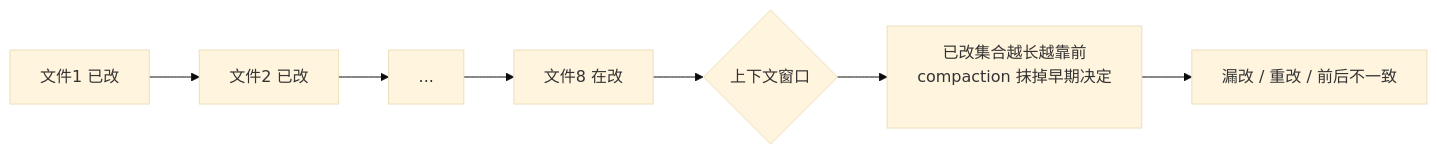
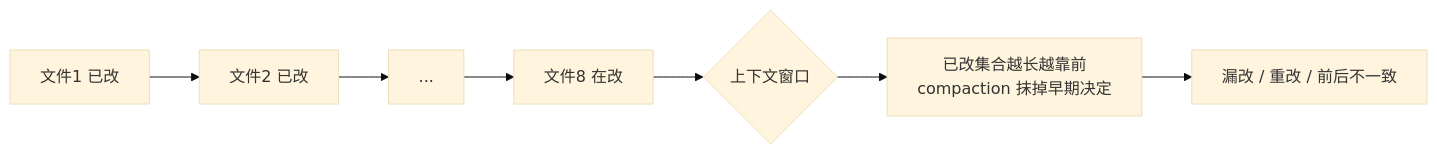
The diagram in docs/05-implementation/lost-track-in-refactor.mdx (XuebinMa/AIWiki), drawn with Mermaid (base theme) before and after one commit. The commit also changed 99 other files, not shown here.

First line of the commit message:
fix(mermaid): 全局根治节点文字裁切（htmlLabels:false + 清理 br/nbsp 占位）(#26)

````diff
--- a/docs/05-implementation/lost-track-in-refactor.mdx
+++ b/docs/05-implementation/lost-track-in-refactor.mdx
@@ -40,9 +40,9 @@
 ```mermaid
 flowchart LR
     A[文件1 已改] --> B[文件2 已改]
     B --> C[...]
     C --> D[文件8 在改]
     D --> E{上下文窗口}
-    E --> F["已改集合越长越靠前<br/>compaction 抹掉早期决定<br/>&nbsp;"]
+    E --> F["已改集合越长越靠前<br/>compaction 抹掉早期决定"]
     F --> G[漏改 / 重改 / 前后不一致]
 ```
````
